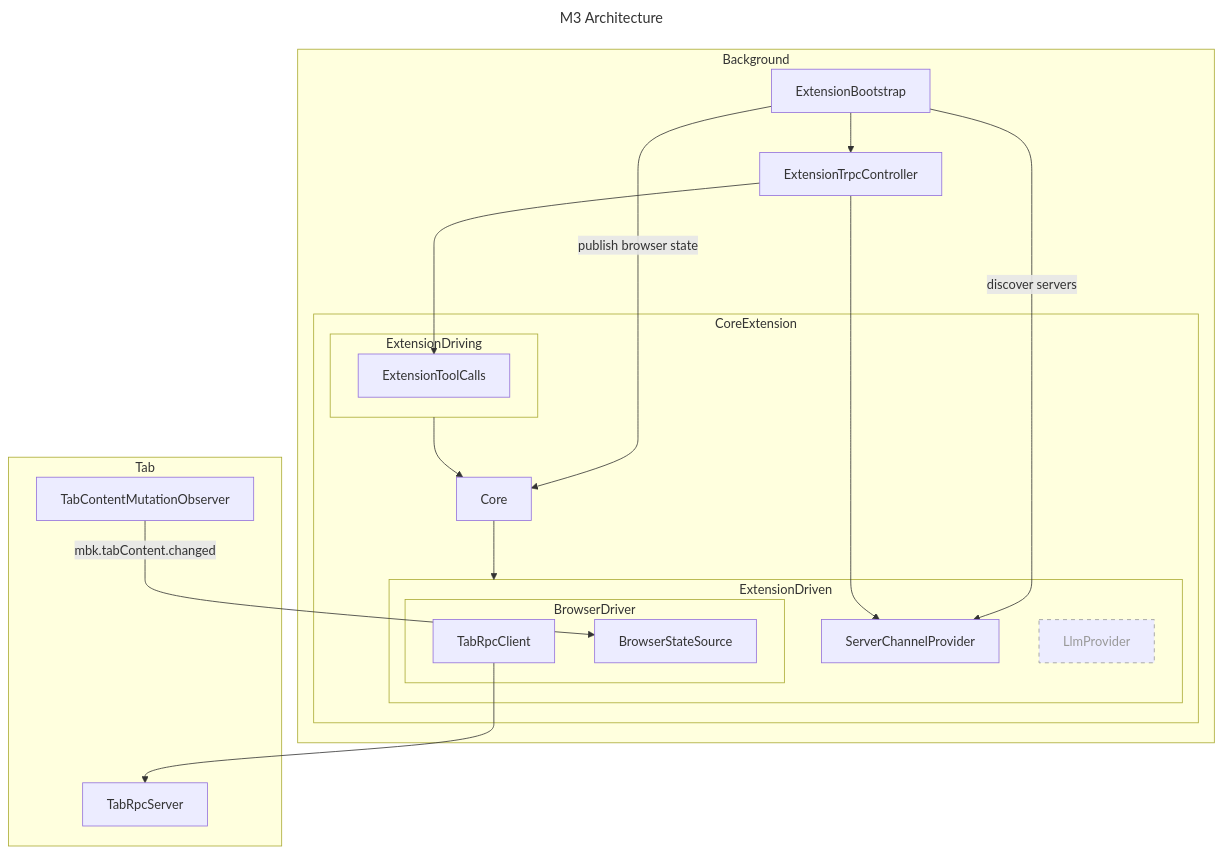
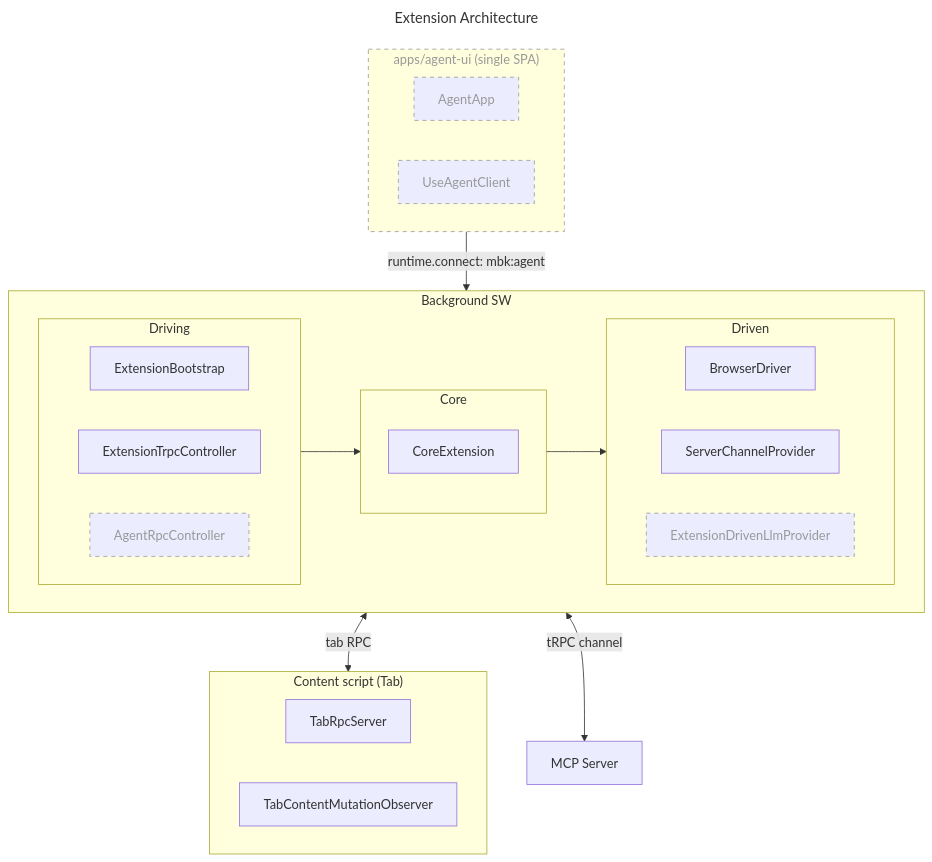
One commit to ndthanhdev/mcp-browser-kit changed the eighth of 11 diagrams in docs/architecture.md. Above: the diagram before and after it, drawn with Mermaid. The commit also changed other lines of this file, not shown here.

Commit message:
chore: update architecture documentation for clarity and structure (#145)

````diff
--- a/docs/architecture.md
+++ b/docs/architecture.md
@@ -161,50 +217,42 @@
 ```mermaid
 ---
-title: M3 Architecture
+title: Extension Architecture
 ---
-flowchart TD
-  subgraph Background["Background"]
-    ExtensionBootstrap["ExtensionBootstrap"]
-    ExtensionTrpcController["ExtensionTrpcController"]
-    CoreExtension
+flowchart TB
+  subgraph AgentUi["apps/agent-ui (single SPA)"]
+    direction LR
+    AgentApp
+    UseAgentClient
   end
-
-  subgraph Tab
+  subgraph Background["Background SW"]
+    subgraph BgDriving["Driving"]
+      direction LR
+      ExtensionBootstrap
+      ExtensionTrpcController
+      AgentRpcController
+    end
+    subgraph BgCore["Core"]
+      CoreExtension
+    end
+    subgraph BgDriven["Driven"]
+      direction LR
+      BrowserDriver
+      ServerChannelProvider
+      ExtensionDrivenLlmProvider
+    end
+    BgDriving --> BgCore --> BgDriven
+  end
+  subgraph Tab["Content script (Tab)"]
+    direction LR
     TabRpcServer
     TabContentMutationObserver
   end
-  subgraph BrowserDriver["BrowserDriver"]
-    TabRpcClient
-    BrowserStateSource
-  end
+  Server["MCP Server"]
 
-  subgraph ExtensionDriving["ExtensionDriving"]
-    ExtensionToolCalls
-  end
+  AgentUi -->|"runtime.connect: mbk:agent"| Background
+  Background <-->|"tab RPC"| Tab
+  Background <-->|"tRPC channel"| Server
 
-  subgraph ExtensionDriven["ExtensionDriven"]
-    BrowserDriver
-    ServerChannelProvider
-    LlmProvider
-  end
-
-  subgraph CoreExtension["CoreExtension"]
-    ExtensionDriving
-    Core
-    ExtensionDriven
-  end
-
-  ExtensionBootstrap --> ExtensionTrpcController
-  ExtensionBootstrap -->|"publish browser state"| Core
-  ExtensionBootstrap -->|"discover servers"| ServerChannelProvider
-  ExtensionTrpcController -----> ServerChannelProvider
-  ExtensionTrpcController ---> ExtensionToolCalls
-  ExtensionDriving --> Core
-  Core --> ExtensionDriven
-  TabRpcClient --> TabRpcServer
-  TabContentMutationObserver -->|"mbk.tabContent.changed"| BrowserStateSource
-
-  %% Planned (not yet implemented)
   classDef planned stroke-dasharray:5 5,stroke:#999,color:#999;
-  class LlmProvider planned;
+  class AgentUi,AgentApp,UseAgentClient,AgentRpcController,ExtensionDrivenLlmProvider planned;
 ```
````
